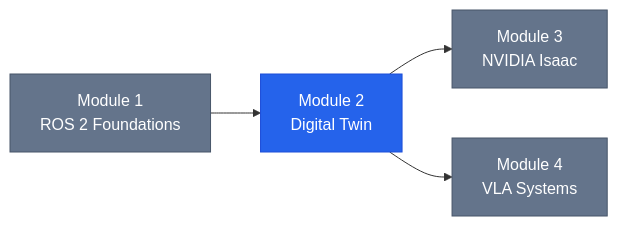
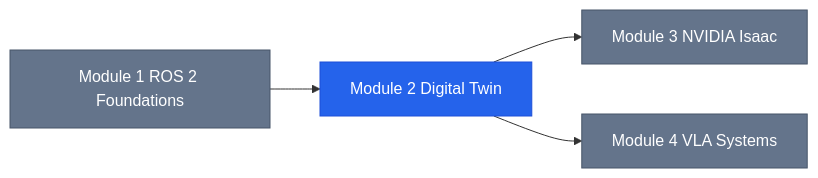
Before and after one commit to shakir-hussain1/physical-AI-and-humanoid-robotics-textbook-by-shakir-hussain: the second of 2 diagrams in docs/modules/module-2-digital-twin/index.md, drawn with Mermaid. The commit also changed 17 other files, not shown here.

Commit message:
fix: Remove br tags from Mermaid diagrams causing parse errors

````diff
--- a/docs/modules/module-2-digital-twin/index.md
+++ b/docs/modules/module-2-digital-twin/index.md
@@ -168,11 +168,11 @@
 ```mermaid
 flowchart LR
-    M1["Module 1<br/>ROS 2 Foundations"] --> M2["Module 2<br/>Digital Twin"]
-    M2 --> M3["Module 3<br/>NVIDIA Isaac"]
-    M2 --> M4["Module 4<br/>VLA Systems"]
+    M1["Module 1 ROS 2 Foundations"] --> M2["Module 2 Digital Twin"]
+    M2 --> M3["Module 3 NVIDIA Isaac"]
+    M2 --> M4["Module 4 VLA Systems"]
 
     style M2 fill:#2563eb,stroke:#1d4ed8,color:#fff
     style M1 fill:#64748b,stroke:#475569,color:#fff
     style M3 fill:#64748b,stroke:#475569,color:#fff
     style M4 fill:#64748b,stroke:#475569,color:#fff
 ```
````
